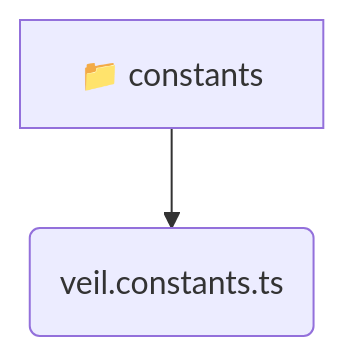
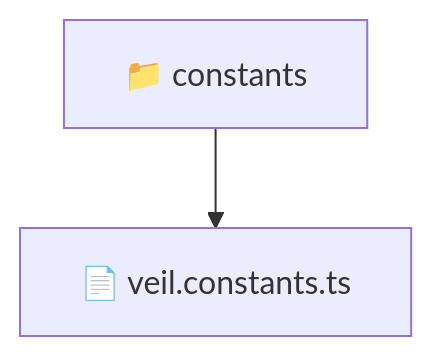
The diagram in frontend/src/entities/veil/constants/README.md (beginwebdev2002/fullstack-mavluda), drawn with Mermaid before and after one commit. The commit also changed other lines of this file and 163 other files, not shown here.

````diff
--- a/frontend/src/entities/veil/constants/README.md
+++ b/frontend/src/entities/veil/constants/README.md
@@ -11,5 +10,5 @@
 ```mermaid
 graph TD
-  constants[📁 constants]
-  constants --> constants_veil_constants_ts(veil.constants.ts)
+  Root["📁 constants"]
+  Root --> veilconstantsts["📄 veil.constants.ts"]
 ```
````
